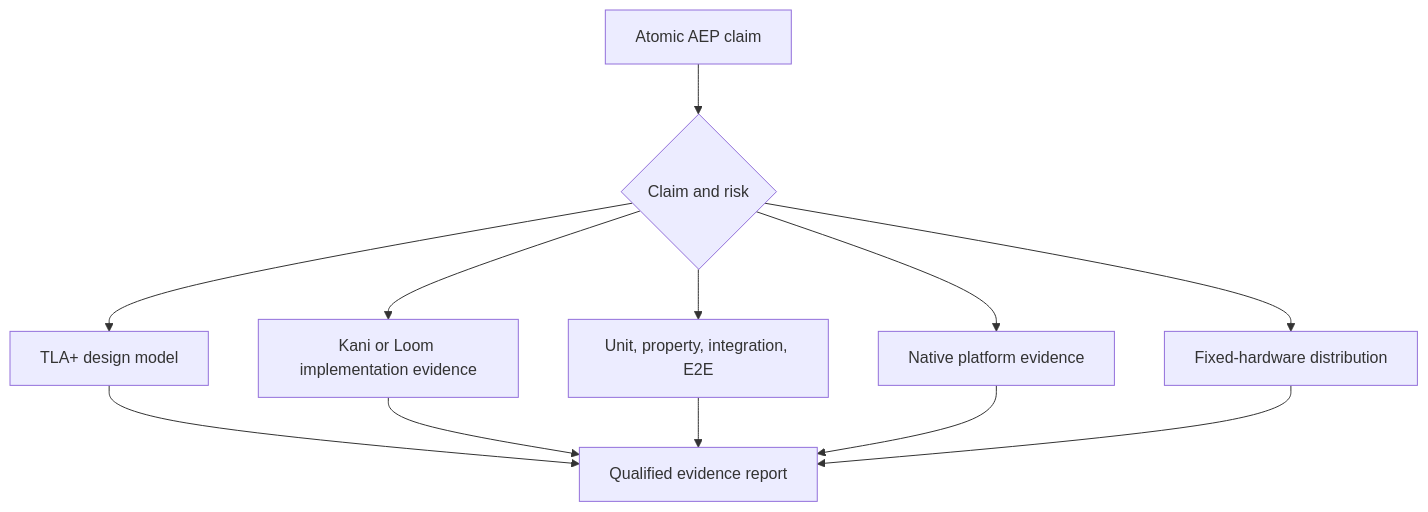
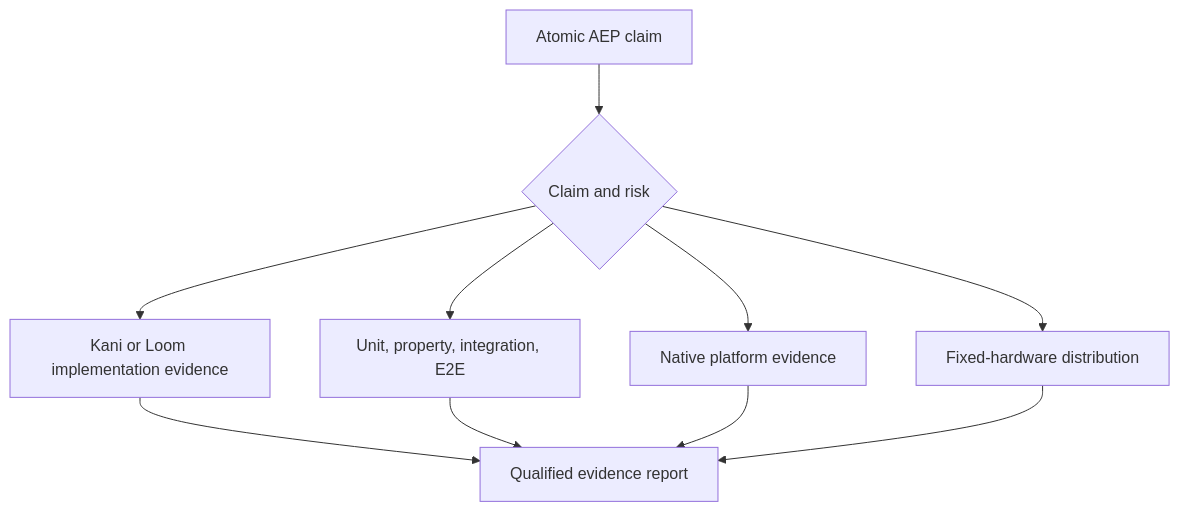
The diagram in docs/quality/assurance.md (dbuddha/alpine-gpui), drawn with Mermaid before and after one commit. The commit also changed other lines of this file and 152 other files, not shown here.

````diff
--- a/docs/quality/assurance.md
+++ b/docs/quality/assurance.md
@@ -18,14 +17,12 @@
 ```mermaid
 flowchart TD
     claim["Atomic AEP claim"] --> classify{"Claim and risk"}
-    classify --> model["TLA+ design model"]
     classify --> implementation["Kani or Loom implementation evidence"]
     classify --> dynamic["Unit, property, integration, E2E"]
     classify --> native["Native platform evidence"]
     classify --> measured["Fixed-hardware distribution"]
-    model --> report["Qualified evidence report"]
-    implementation --> report
+    implementation --> report["Qualified evidence report"]
     dynamic --> report
     native --> report
     measured --> report
 ```
````
